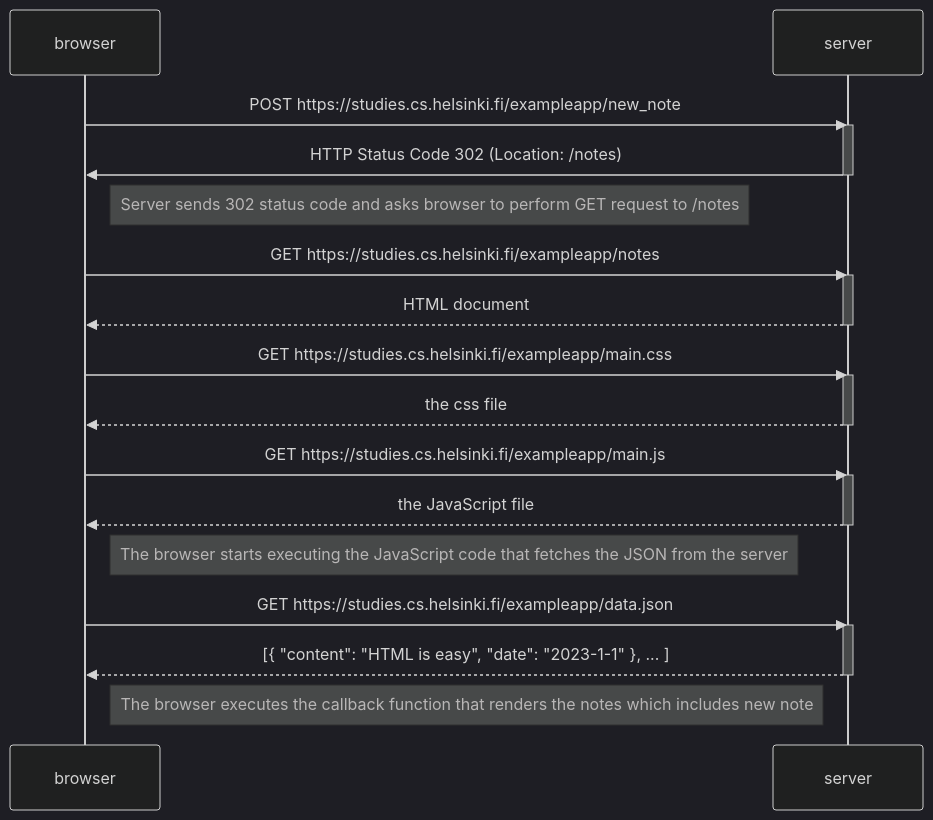
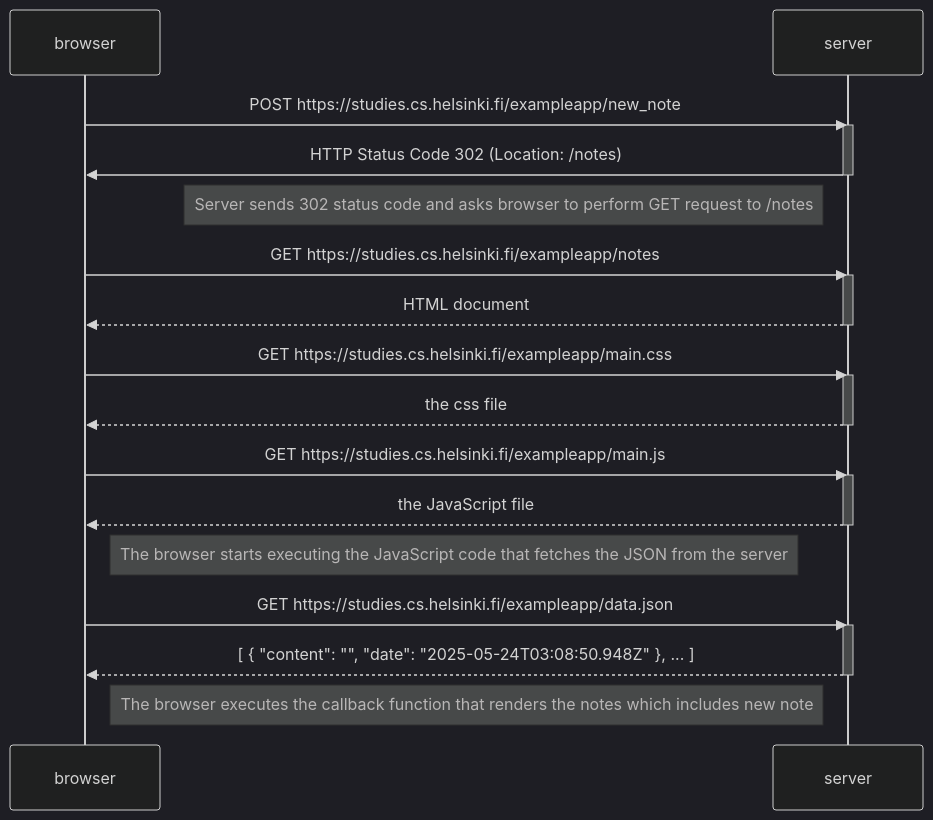
Before and after one commit to Dulakshan-16/fullstackopen_course: the diagram in part0/part0.4.md, drawn with Mermaid (dark theme). The commit also changed 81 other files, not shown here.

````diff
--- a/part0/part0.4.md
+++ b/part0/part0.4.md
@@ -1,35 +1,35 @@
 ```mermaid
 sequenceDiagram
     participant browser
     participant server
 
     browser->>server: POST https://studies.cs.helsinki.fi/exampleapp/new_note
     activate server
     server->>browser: HTTP Status Code 302 (Location: /notes)
     deactivate server
-    Note right of browser: Server sends 302 status code and asks browser to perform GET request to /notes
+    Note left of server: Server sends 302 status code and asks browser to perform GET request to /notes
 
     browser->>server: GET https://studies.cs.helsinki.fi/exampleapp/notes
     activate server
     server-->>browser: HTML document
     deactivate server
 
     browser->>server: GET https://studies.cs.helsinki.fi/exampleapp/main.css
     activate server
     server-->>browser: the css file
     deactivate server
 
     browser->>server: GET https://studies.cs.helsinki.fi/exampleapp/main.js
     activate server
     server-->>browser: the JavaScript file
     deactivate server
 
     Note right of browser: The browser starts executing the JavaScript code that fetches the JSON from the server
 
     browser->>server: GET https://studies.cs.helsinki.fi/exampleapp/data.json
     activate server
-    server-->>browser: [{ "content": "HTML is easy", "date": "2023-1-1" }, ... ]
+    server-->>browser: [ { "content": "", "date": "2025-05-24T03:08:50.948Z" }, ... ]
     deactivate server
 
     Note right of browser: The browser executes the callback function that renders the notes which includes new note
 ```
````
